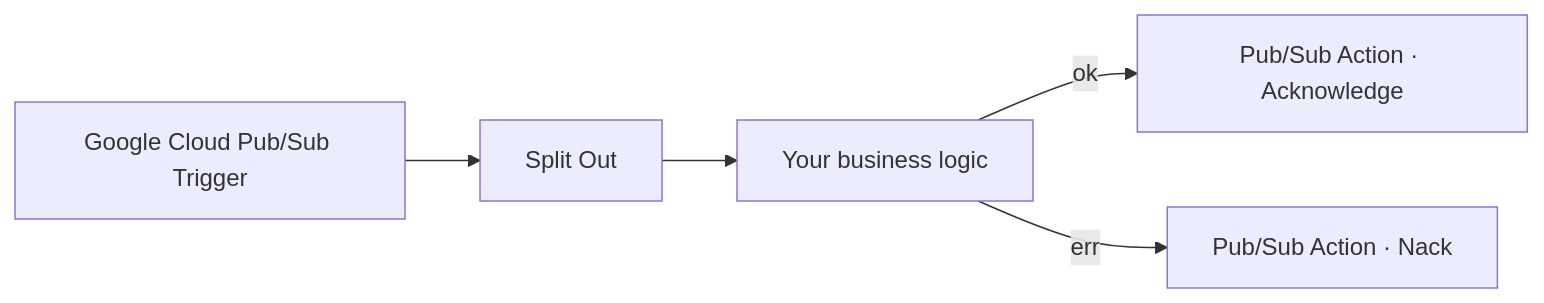
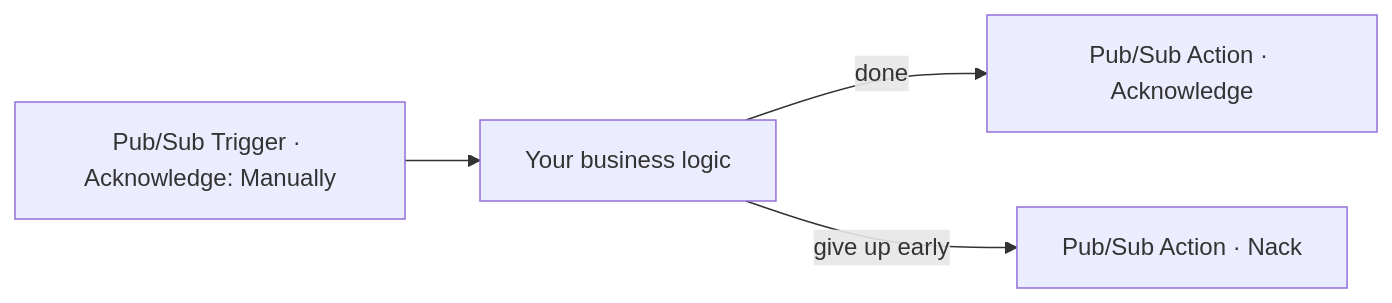
The diagram in README.md (experiment78-apps/n8n-node-gcp-pubsub), drawn with Mermaid before and after one commit. The commit also changed other lines of this file and 19 other files, not shown here.

````diff
--- a/README.md
+++ b/README.md
@@ -74,7 +86,6 @@
 ```mermaid
 flowchart LR
-    Trigger["Google Cloud Pub/Sub Trigger"] --> Split["Split Out"]
-    Split --> Work["Your business logic"]
-    Work -- "ok" --> Ack["Pub/Sub Action · Acknowledge"]
-    Work -- "err" --> Nack["Pub/Sub Action · Nack"]
+    Trigger["Pub/Sub Trigger · Acknowledge: Manually"] --> Work["Your business logic"]
+    Work -- "done" --> Ack["Pub/Sub Action · Acknowledge"]
+    Work -- "give up early" --> Nack["Pub/Sub Action · Nack"]
 ```
````
